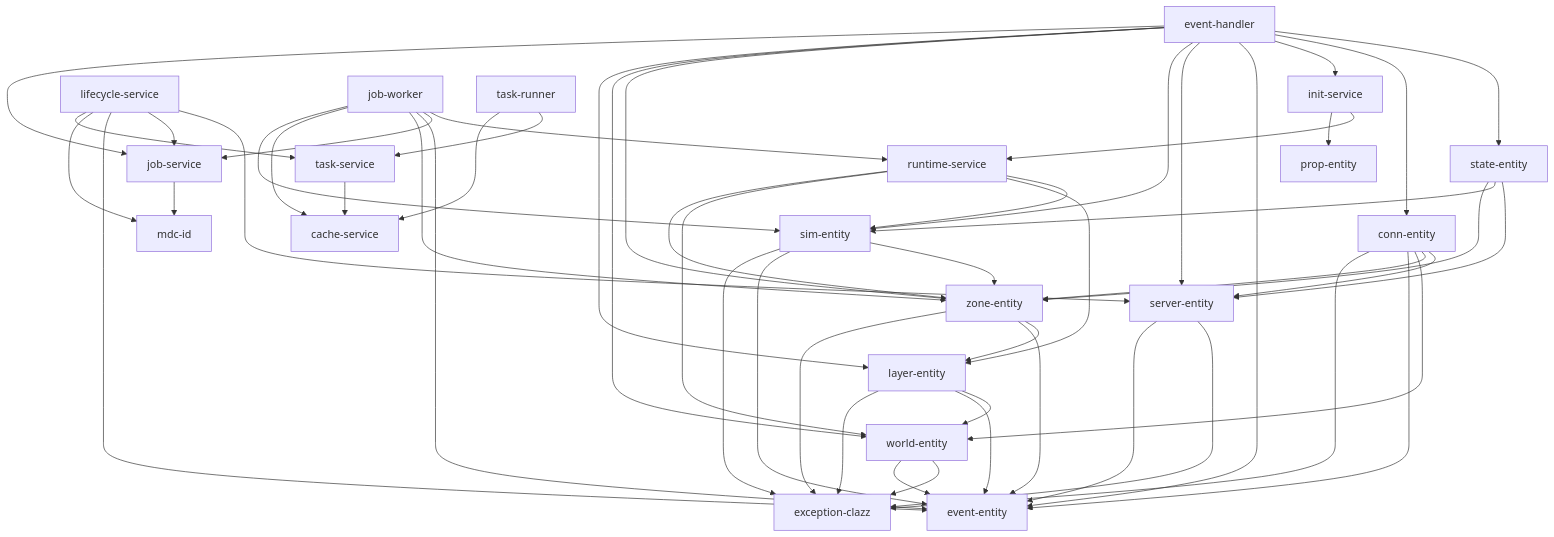
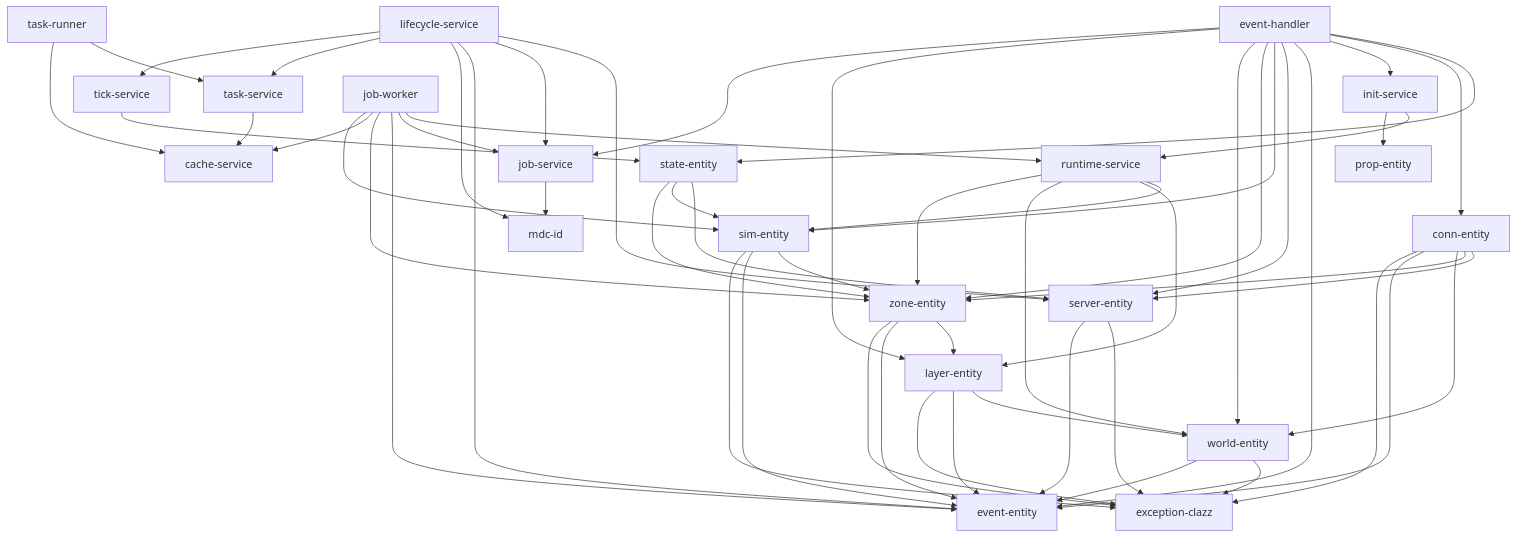
Before and after one commit to crionuke/omgcluster: the diagram in MODULES.md, drawn with Mermaid. The commit also changed 12 other files, not shown here.

First line of the commit message:
Add tick-service module and Redis-backed state cache (#31)

````diff
--- a/MODULES.md
+++ b/MODULES.md
@@ -1,69 +1,72 @@
 ```mermaid
 graph TD
     event-handler --> state-entity
     event-handler --> conn-entity
     event-handler --> init-service
     event-handler --> event-entity
     event-handler --> server-entity
     event-handler --> sim-entity
     event-handler --> zone-entity
     event-handler --> world-entity
     event-handler --> layer-entity
     event-handler --> job-service
 
     lifecycle-service --> server-entity
     lifecycle-service --> job-service
     lifecycle-service --> event-entity
     lifecycle-service --> mdc-id
     lifecycle-service --> task-service
+    lifecycle-service --> tick-service
 
     init-service --> runtime-service
     init-service --> prop-entity
 
     state-entity --> server-entity
     state-entity --> sim-entity
     state-entity --> zone-entity
 
     runtime-service --> sim-entity
     runtime-service --> layer-entity
     runtime-service --> world-entity
     runtime-service --> zone-entity
 
     conn-entity --> server-entity
     conn-entity --> zone-entity
     conn-entity --> world-entity
     conn-entity --> event-entity
     conn-entity --> exception-clazz
 
     sim-entity --> zone-entity
     sim-entity --> event-entity
     sim-entity --> exception-clazz
 
     zone-entity --> layer-entity
     zone-entity --> event-entity
     zone-entity --> exception-clazz
 
     layer-entity --> world-entity
     layer-entity --> event-entity
     layer-entity --> exception-clazz
 
     world-entity --> exception-clazz
     world-entity --> event-entity
 
     server-entity --> exception-clazz
     server-entity --> event-entity
 
     job-service --> mdc-id
 
     job-worker --> runtime-service
     job-worker --> job-service
     job-worker --> event-entity
     job-worker --> zone-entity
     job-worker --> cache-service
     job-worker --> sim-entity
 
     task-service --> cache-service
 
+    tick-service --> state-entity
+
     task-runner --> task-service
     task-runner --> cache-service
 ```
````
